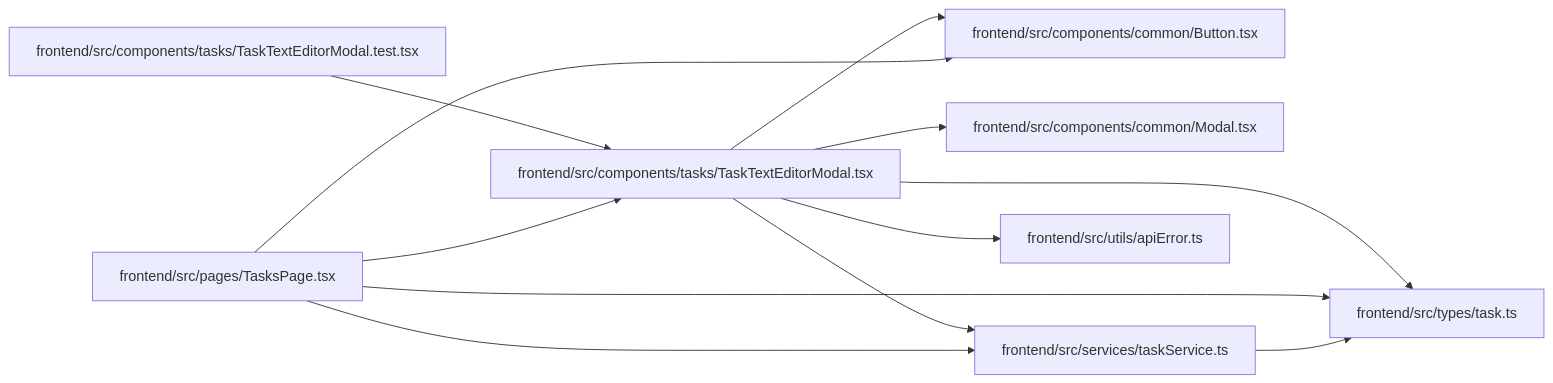
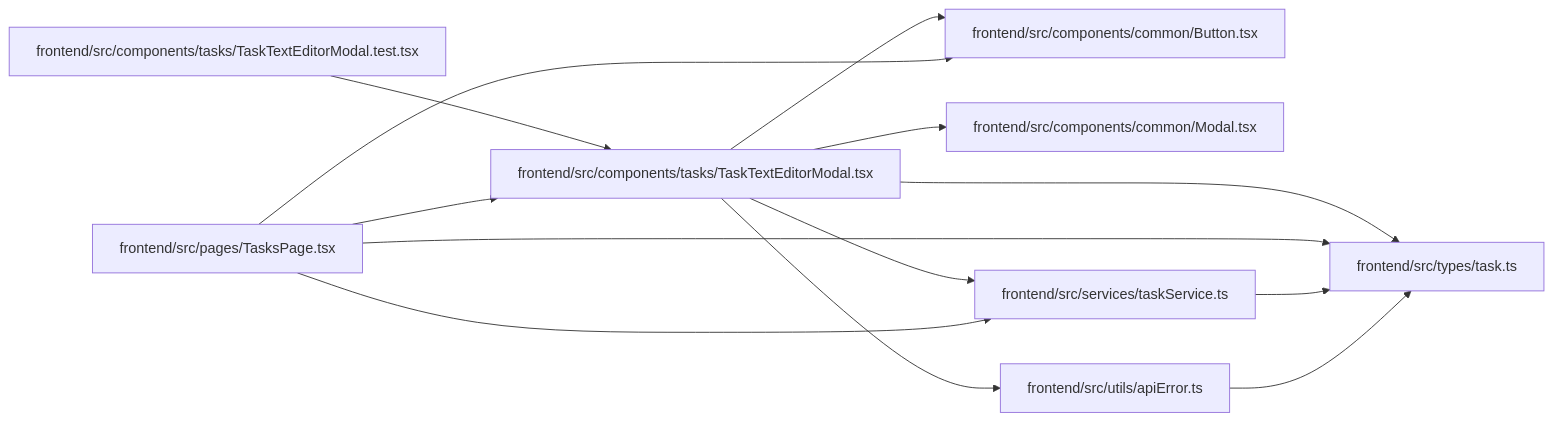
One commit to Denissvgn/WorkChord changed the diagram in docs/llm_wiki/modules/TaskTextEditorModal.md. Above: the diagram before and after it, drawn with Mermaid. The commit also changed 733 other files, not shown here.

Commit message:
Sync the architectural wiki for refusal next steps

````diff
--- a/docs/llm_wiki/modules/TaskTextEditorModal.md
+++ b/docs/llm_wiki/modules/TaskTextEditorModal.md
@@ -37,30 +37,31 @@
 ```mermaid
 flowchart LR
     n0["frontend/src/components/common/Button.tsx"]
     n1["frontend/src/components/common/Modal.tsx"]
     n2["frontend/src/components/tasks/TaskTextEditorModal.test.tsx"]
     n3["frontend/src/components/tasks/TaskTextEditorModal.tsx"]
     n4["frontend/src/pages/TasksPage.tsx"]
     n5["frontend/src/services/taskService.ts"]
     n6["frontend/src/types/task.ts"]
     n7["frontend/src/utils/apiError.ts"]
     n2 --> n3
     n3 --> n0
     n3 --> n1
     n3 --> n5
     n3 --> n6
     n3 --> n7
     n4 --> n0
     n4 --> n3
     n4 --> n5
     n4 --> n6
     n5 --> n6
+    n7 --> n6
     click n0 "../modules/Button.md"
     click n1 "../modules/Modal.md"
     click n2 "../modules/TaskTextEditorModal.test.md"
     click n3 "../modules/TaskTextEditorModal.md"
     click n4 "../modules/TasksPage.md"
     click n5 "../modules/taskService.md"
     click n6 "../modules/types_task.md"
     click n7 "../modules/apiError.md"
 ```
````
